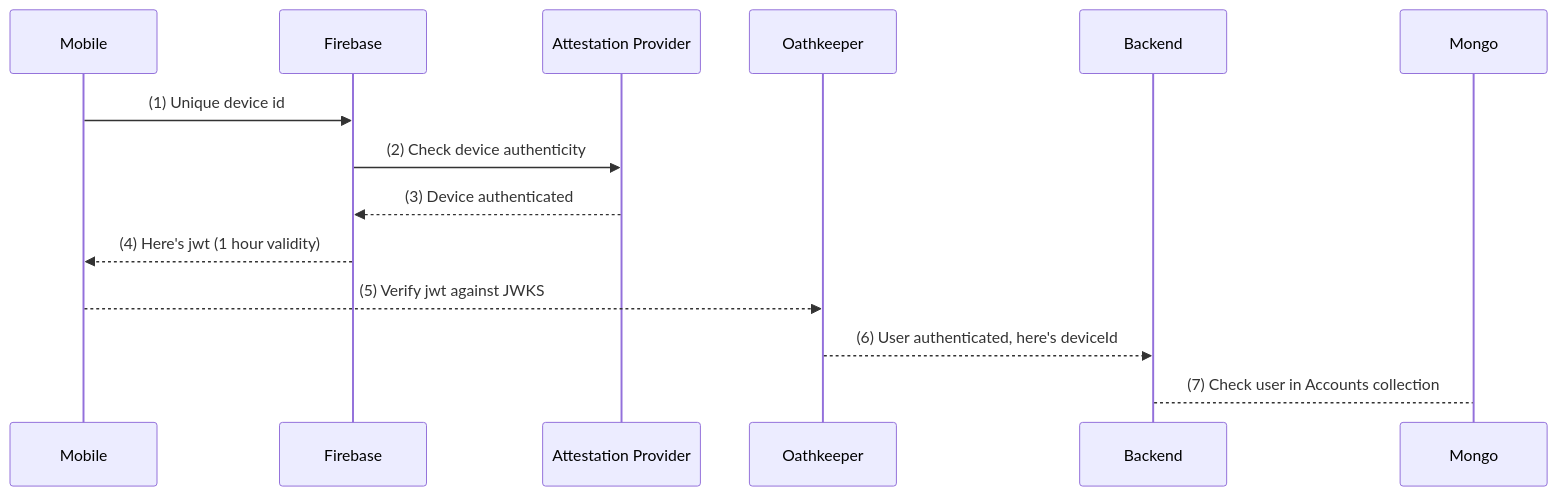
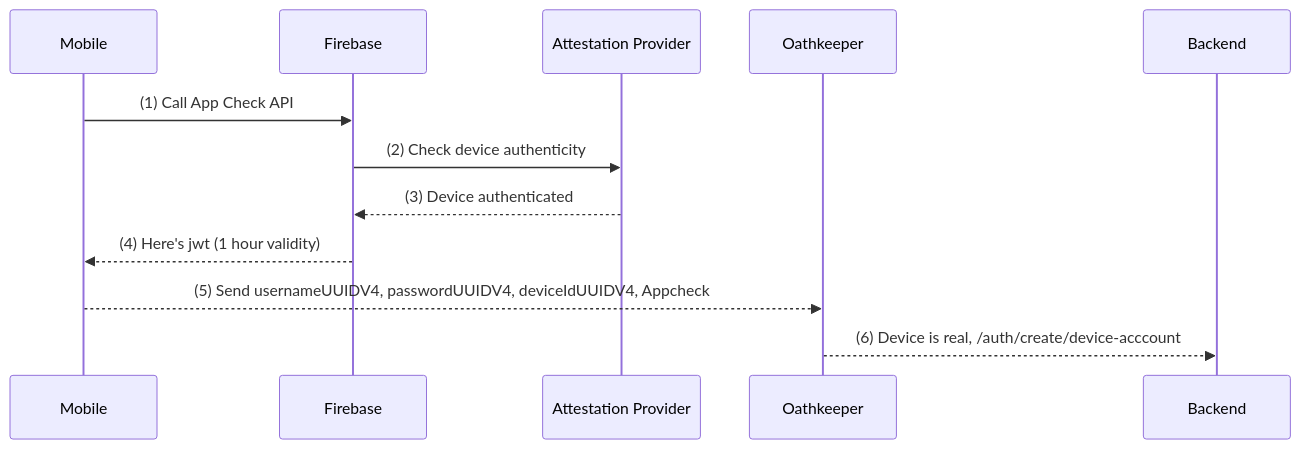
The diagram in dev/appcheck/README.md (GaloyMoney/blink), drawn with Mermaid before and after one commit. The commit also changed other lines of this file and 7 other files, not shown here.

````diff
--- a/dev/appcheck/README.md
+++ b/dev/appcheck/README.md
@@ -3,10 +3,9 @@
 ```mermaid
 sequenceDiagram
-    Mobile->>Firebase: (1) Unique device id
+    Mobile->>Firebase: (1) Call App Check API
     Firebase->>Attestation Provider: (2) Check device authenticity
     Attestation Provider-->>Firebase: (3) Device authenticated
     Firebase-->>Mobile: (4) Here's jwt (1 hour validity)
-    Mobile-->>Oathkeeper: (5) Verify jwt against JWKS
-    Oathkeeper-->>Backend: (6) User authenticated, here's deviceId
-    Backend-->Mongo: (7) Check user in Accounts collection
+    Mobile-->>Oathkeeper: (5) Send usernameUUIDV4, passwordUUIDV4, deviceIdUUIDV4, Appcheck
+    Oathkeeper-->>Backend: (6) Device is real, /auth/create/device-acccount
 ```
````
